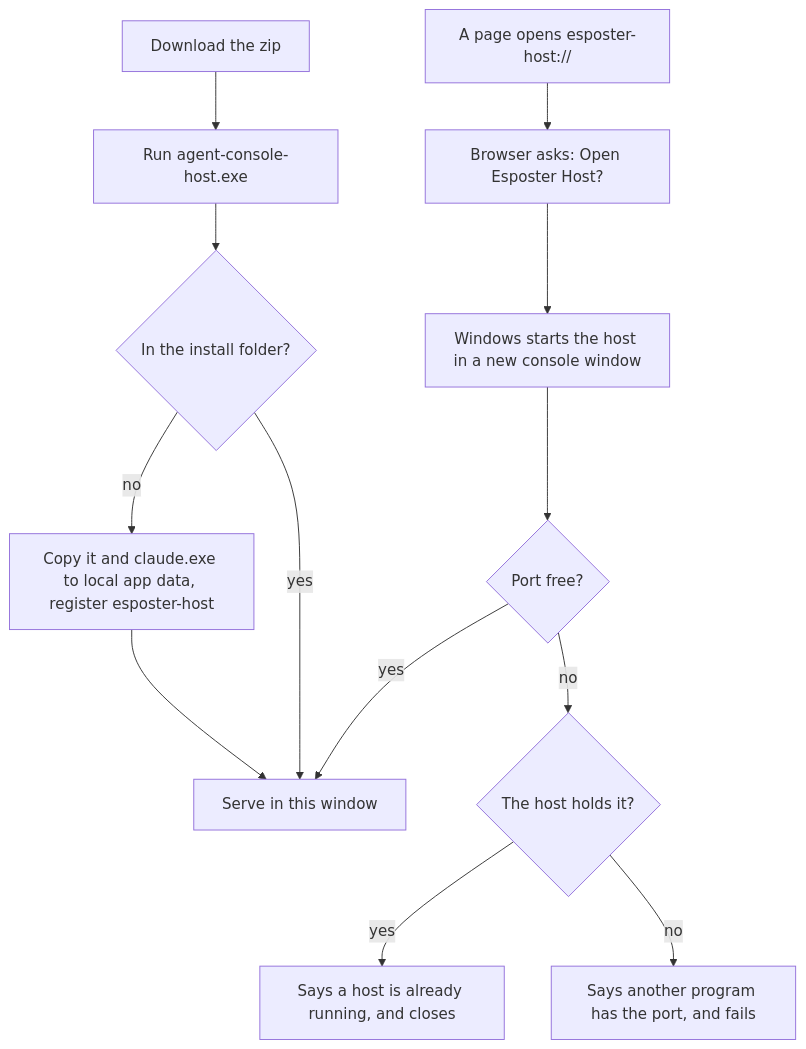
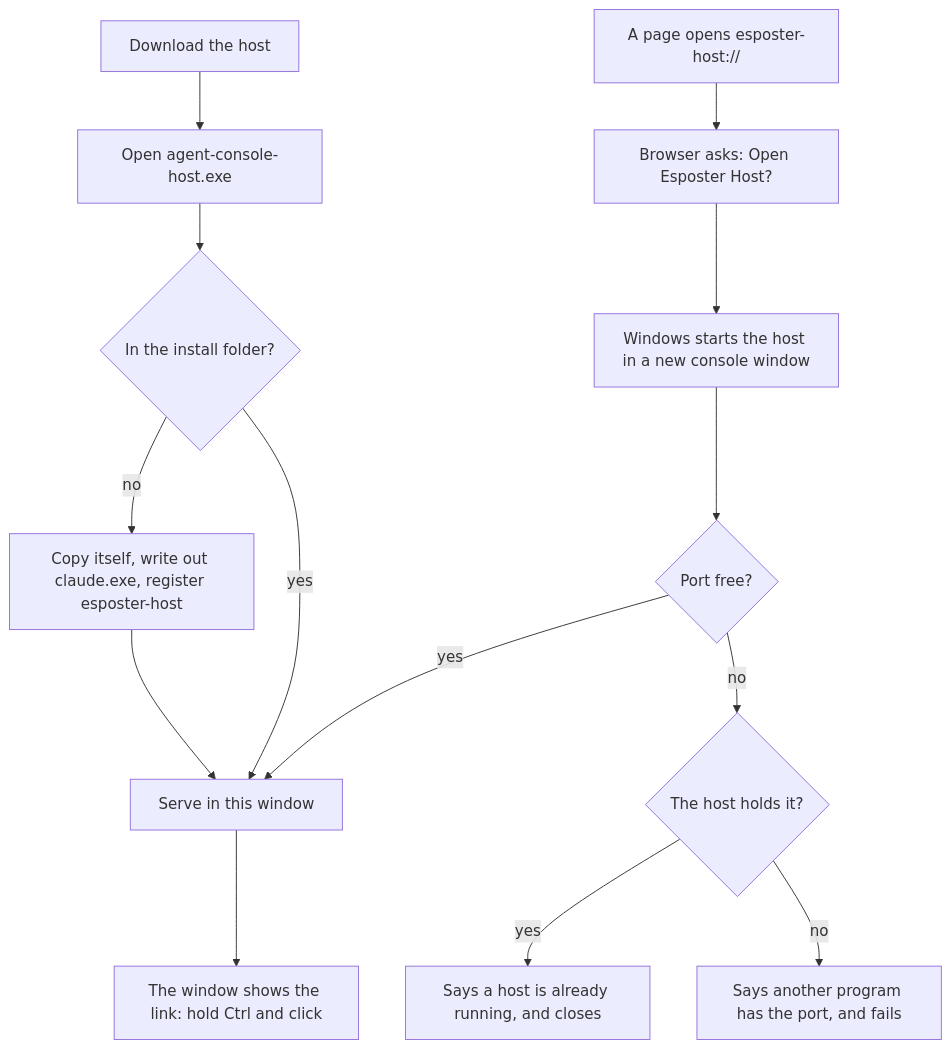
Before and after one commit to Esposter/Esposter: the diagram in apps/web/content/docs/infra/claude-interface/agent-console/host-installer.md, drawn with Mermaid. The commit also changed other lines of this file and 21 other files, not shown here.

First line of the commit message:
feat(agent-console): one file to download, three plain steps to connect, and a link that can only start the host

````diff
--- a/apps/web/content/docs/infra/claude-interface/agent-console/host-installer.md
+++ b/apps/web/content/docs/infra/claude-interface/agent-console/host-installer.md
@@ -18,15 +19,16 @@
 ```mermaid
 flowchart TD
-  D[Download the zip] --> R[Run agent-console-host.exe]
+  D[Download the host] --> R[Open agent-console-host.exe]
   R --> I{In the install folder?}
-  I -->|no| C[Copy it and claude.exe to local app data, register esposter-host]
+  I -->|no| C[Copy itself, write out claude.exe, register esposter-host]
   C --> S[Serve in this window]
   I -->|yes| S
+  S --> K[The window shows the link: hold Ctrl and click]
   L["A page opens esposter-host://"] --> P[Browser asks: Open Esposter Host?]
   P --> W[Windows starts the host in a new console window]
   W --> T{Port free?}
   T -->|yes| S
   T -->|no| H{The host holds it?}
   H -->|yes| E[Says a host is already running, and closes]
   H -->|no| F[Says another program has the port, and fails]
 ```
````
